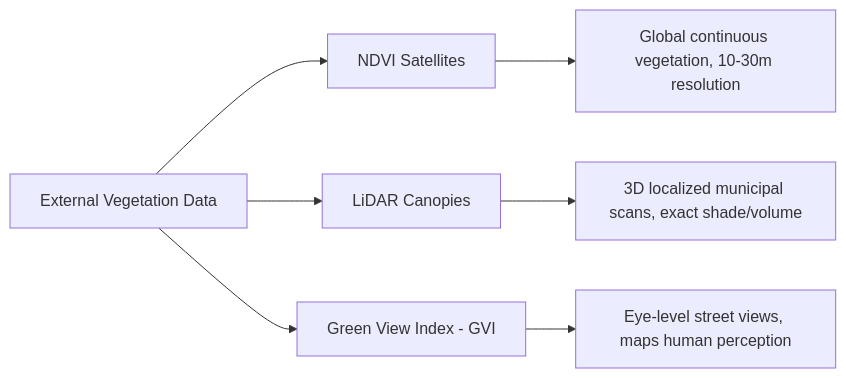
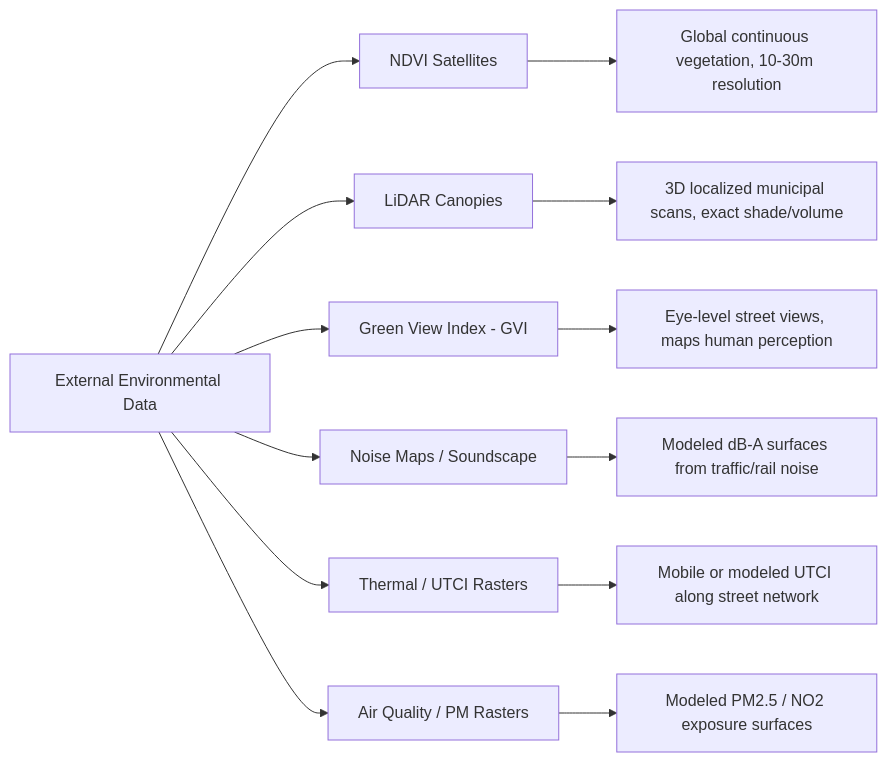
Before and after one commit to Softhook/BioMapping: the second of 2 diagrams in docs/environmental_stress_literature_review.md, drawn with Mermaid. The commit also changed other lines of this file, not shown here.

````diff
--- a/docs/environmental_stress_literature_review.md
+++ b/docs/environmental_stress_literature_review.md
@@ -94,10 +158,16 @@
 ```mermaid
 flowchart LR
-    A[External Vegetation Data] --> B[NDVI Satellites]
+    A[External Environmental Data] --> B[NDVI Satellites]
     A --> C[LiDAR Canopies]
     A --> D[Green View Index - GVI]
-    
+    A --> E[Noise Maps / Soundscape]
+    A --> F[Thermal / UTCI Rasters]
+    A --> G[Air Quality / PM Rasters]
+
     B --> B1[Global continuous vegetation, 10-30m resolution]
     C --> C1[3D localized municipal scans, exact shade/volume]
     D --> D1[Eye-level street views, maps human perception]
+    E --> E1[Modeled dB-A surfaces from traffic/rail noise]
+    F --> F1[Mobile or modeled UTCI along street network]
+    G --> G1[Modeled PM2.5 / NO2 exposure surfaces]
 ```
````
